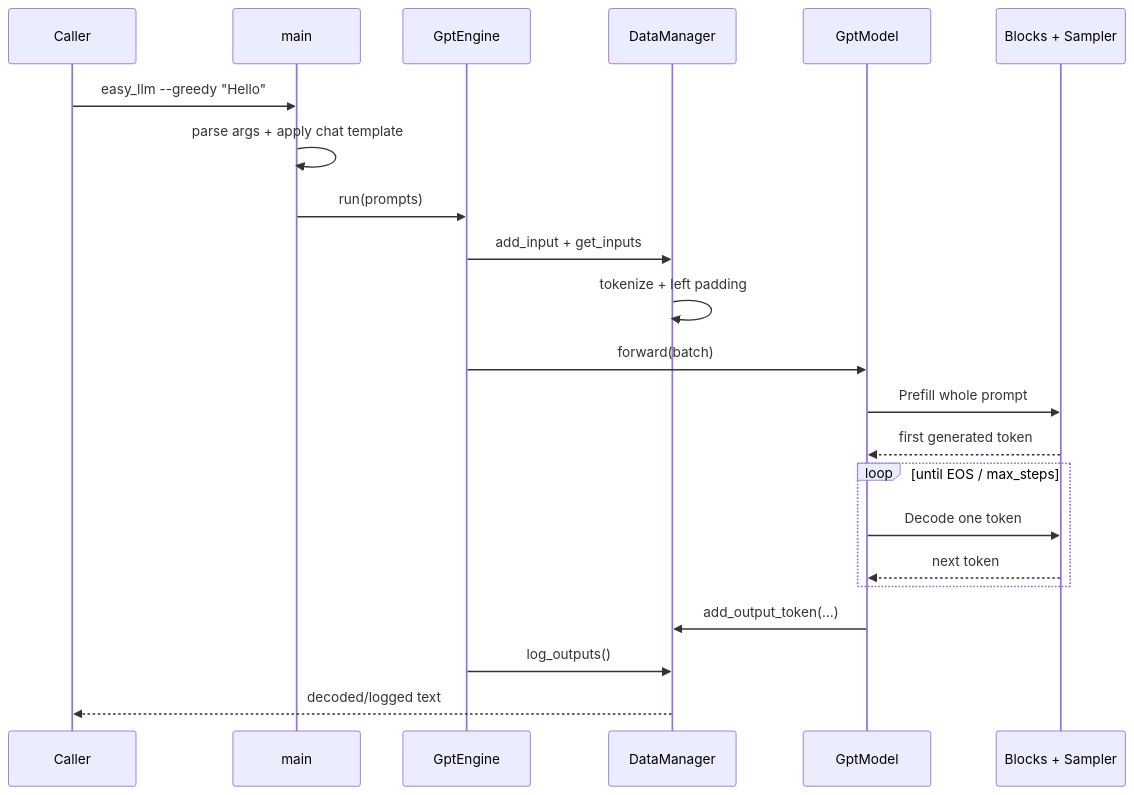
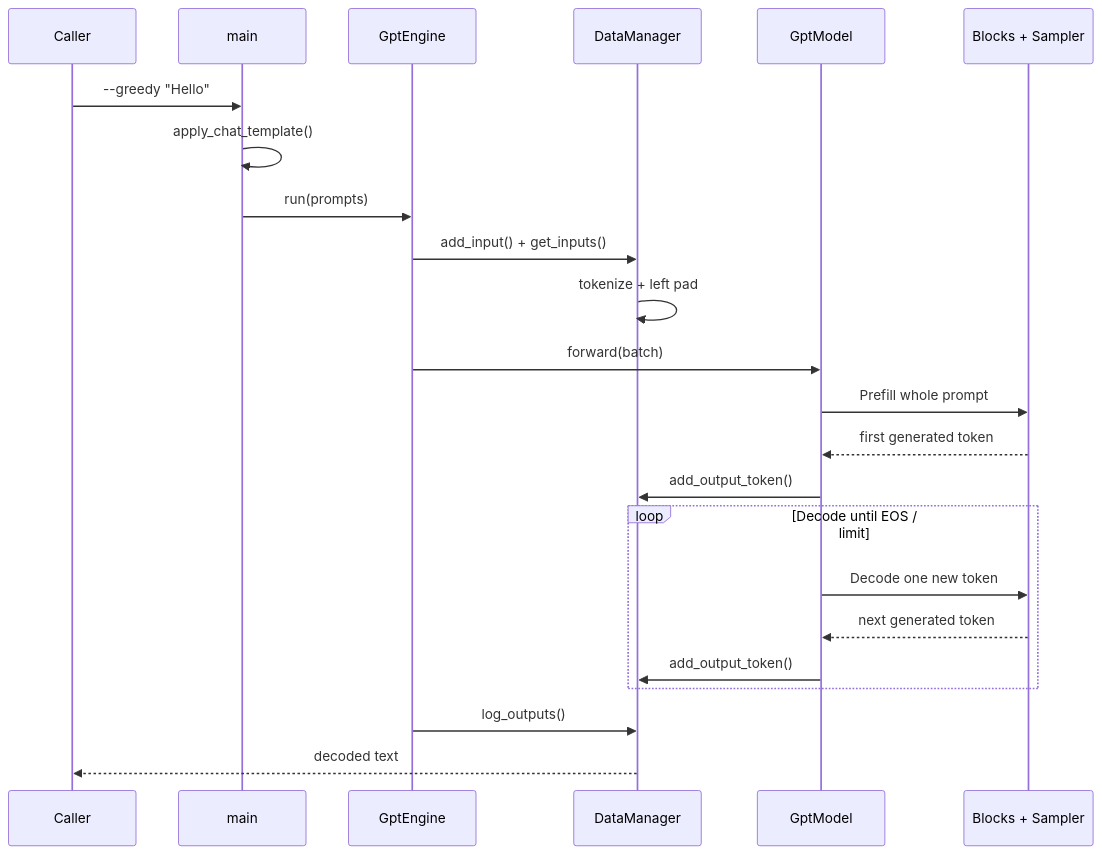
Before and after one commit to eagle-dai/easy_llm.cpp: the second of 12 diagrams in my/docs/easy_llm_guide.zh-CN.md, drawn with Mermaid. The commit also changed other lines of this file, not shown here.

First line of the commit message:
docs: make LLM inference tutorial visual and step-by-step (#6)

````diff
--- a/my/docs/easy_llm_guide.zh-CN.md
+++ b/my/docs/easy_llm_guide.zh-CN.md
@@ -113,25 +120,26 @@
 ```mermaid
 sequenceDiagram
     participant U as Caller
     participant M as main
     participant E as GptEngine
     participant D as DataManager
     participant G as GptModel
     participant X as Blocks + Sampler
 
-    U->>M: easy_llm --greedy "Hello"
-    M->>M: parse args + apply chat template
+    U->>M: --greedy "Hello"
+    M->>M: apply_chat_template()
     M->>E: run(prompts)
-    E->>D: add_input + get_inputs
-    D->>D: tokenize + left padding
+    E->>D: add_input() + get_inputs()
+    D->>D: tokenize + left pad
     E->>G: forward(batch)
     G->>X: Prefill whole prompt
     X-->>G: first generated token
-    loop until EOS / max_steps
-        G->>X: Decode one token
-        X-->>G: next token
+    G->>D: add_output_token()
+    loop Decode until EOS / limit
+        G->>X: Decode one new token
+        X-->>G: next generated token
+        G->>D: add_output_token()
     end
-    G->>D: add_output_token(...)
     E->>D: log_outputs()
-    D-->>U: decoded/logged text
+    D-->>U: decoded text
 ```
````
